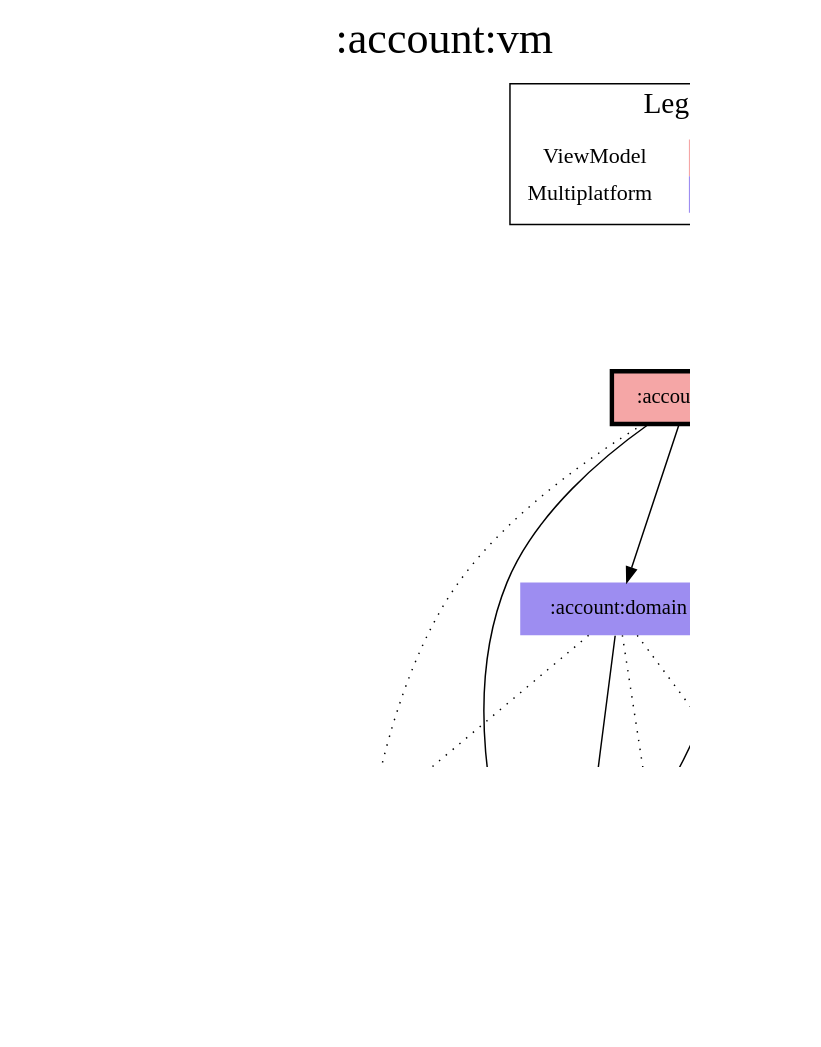
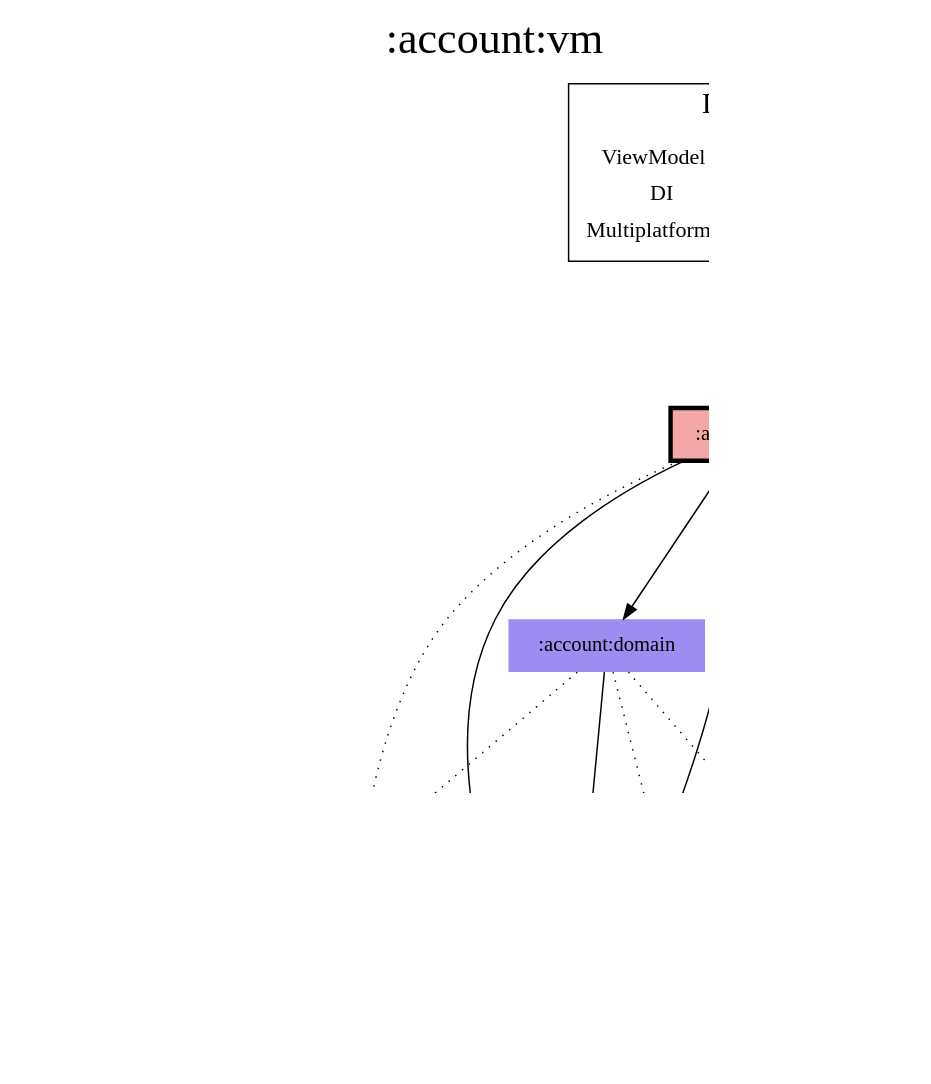
Before and after one commit to jonapoul/aktual: the diagram in modules/account/vm/modules.dot, drawn with Graphviz. The commit also changed 217 other files, not shown here.

```diff
--- a/modules/account/vm/modules.dot
+++ b/modules/account/vm/modules.dot
@@ -1,45 +1,48 @@
 digraph {
 edge ["dir"="forward"]
 graph ["dpi"="100","label"=":account:vm","labelloc"="t","fontsize"="30","ranksep"="1.5","rankdir"="TB"]
 node ["style"="filled"]
 ":account:domain" ["fillcolor"="#9D8DF1","shape"="none"]
 ":account:model" ["fillcolor"="#9D8DF1","shape"="none"]
 ":account:vm" ["fillcolor"="#F5A6A6","color"="black","penwidth"="3","shape"="box"]
 ":api:actual" ["fillcolor"="#9D8DF1","shape"="none"]
 ":budget:model" ["fillcolor"="#9D8DF1","shape"="none"]
 ":codegen:annotation" ["fillcolor"="#9D8DF1","shape"="none"]
+":core:di" ["fillcolor"="#FCB103","shape"="none"]
 ":core:model" ["fillcolor"="#9D8DF1","shape"="none"]
 ":logging" ["fillcolor"="#9D8DF1","shape"="none"]
 ":prefs" ["fillcolor"="#9D8DF1","shape"="none"]
 {
 edge ["dir"="none"]
 graph ["rank"="same"]
 ":account:vm"
 }
 ":account:domain" -> ":account:model"
 ":account:domain" -> ":api:actual" ["style"="dotted"]
 ":account:domain" -> ":logging" ["style"="dotted"]
 ":account:domain" -> ":prefs" ["style"="dotted"]
 ":account:vm" -> ":account:domain"
 ":account:vm" -> ":account:model"
 ":account:vm" -> ":api:actual" ["style"="dotted"]
+":account:vm" -> ":core:di"
 ":account:vm" -> ":core:model"
 ":account:vm" -> ":logging" ["style"="dotted"]
 ":account:vm" -> ":prefs"
 ":api:actual" -> ":account:model"
 ":api:actual" -> ":budget:model"
 ":api:actual" -> ":codegen:annotation" ["style"="dotted"]
 ":api:actual" -> ":core:model"
 ":prefs" -> ":account:model"
 ":prefs" -> ":core:model"
 subgraph "cluster_legend" {
 edge ["dir"="none"]
 graph ["label"="Legend","fontsize"="20"]
 "Legend" ["style"="filled","fillcolor"="#FFFFFF","shape"="none","margin"="0","fontsize"="15","label"=<
 <TABLE BORDER="0" CELLBORDER="0" CELLSPACING="0" CELLPADDING="4">
 <TR><TD>ViewModel</TD><TD BGCOLOR="#F5A6A6">module-name</TD></TR>
+<TR><TD>DI</TD><TD BGCOLOR="#FCB103">module-name</TD></TR>
 <TR><TD>Multiplatform</TD><TD BGCOLOR="#9D8DF1">module-name</TD></TR>
 </TABLE>
 >]
 } -> ":account:vm" ["style"="invis"]
 }
```
